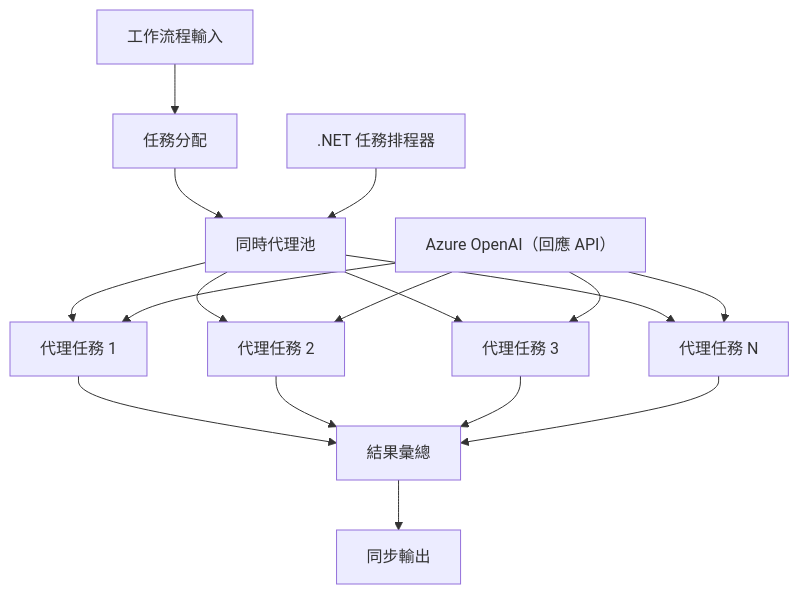
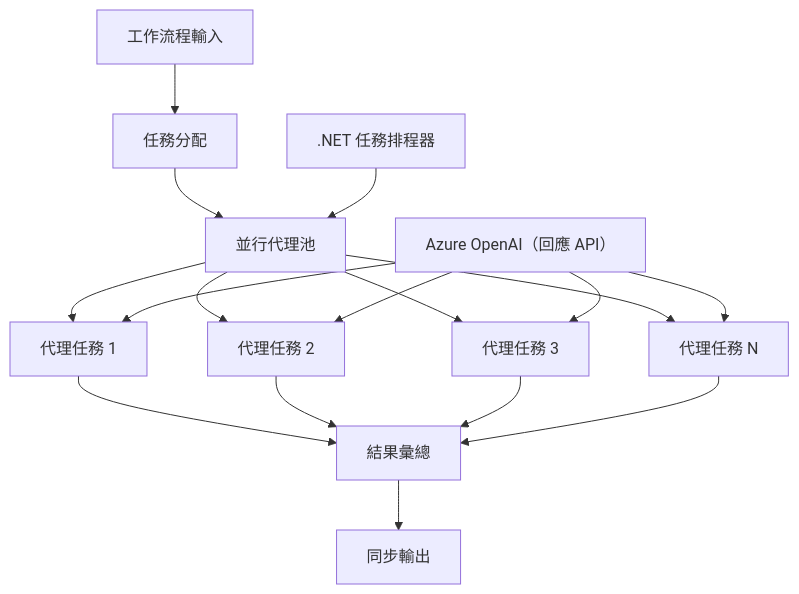
One commit to venturemavenwill/azureaifundamentals changed the diagram in translations/zh-TW/08-multi-agent/code_samples/workflows-agent-framework/dotNET/03.dotnet-agent-framework-workflow-ghmodel-concurrent.md. Above: the diagram before and after it, drawn with Mermaid. The commit also changed other lines of this file and 2002 other files, not shown here.

````diff
--- a/translations/zh-TW/08-multi-agent/code_samples/workflows-agent-framework/dotNET/03.dotnet-agent-framework-workflow-ghmodel-concurrent.md
+++ b/translations/zh-TW/08-multi-agent/code_samples/workflows-agent-framework/dotNET/03.dotnet-agent-framework-workflow-ghmodel-concurrent.md
@@ -69,23 +69,23 @@
 ```mermaid
 graph TD
     A[工作流程輸入] --> B[任務分配]
-    B --> C[同時代理池]
+    B --> C[並行代理池]
     C --> D[代理任務 1]
     C --> E[代理任務 2]
     C --> F[代理任務 3]
     C --> G[代理任務 N]
     
     D --> H[結果彙總]
     E --> H
     F --> H
     G --> H
     
     H --> I[同步輸出]
     
     J[Azure OpenAI（回應 API）] --> D
     J --> E
     J --> F
     J --> G
     
     K[.NET 任務排程器] --> C
 ```
````
